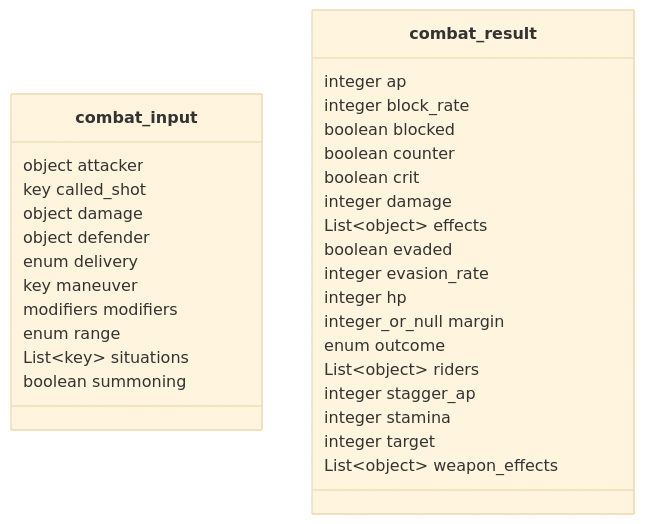
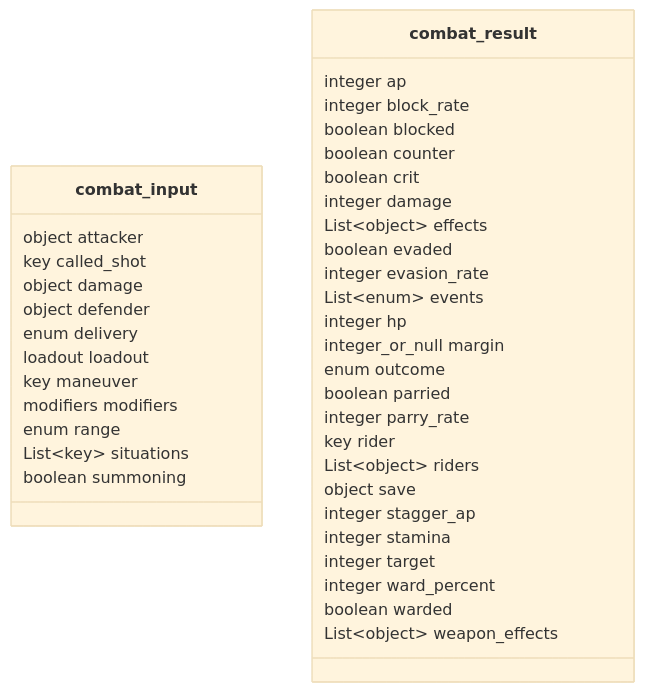
Before and after one commit to SETA1609/riftweave-core: the seventh of 28 diagrams in docs/backend/contract-diagram.md, drawn with Mermaid (base theme). The commit also changed other lines of this file and 116 other files, not shown here.

````diff
--- a/docs/backend/contract-diagram.md
+++ b/docs/backend/contract-diagram.md
@@ -208,34 +241,42 @@
 ```mermaid
 classDiagram
     class combat_input {
         object attacker
         key called_shot
         object damage
         object defender
         enum delivery
+        loadout loadout
         key maneuver
         modifiers modifiers
         enum range
         List~key~ situations
         boolean summoning
     }
     class combat_result {
         integer ap
         integer block_rate
         boolean blocked
         boolean counter
         boolean crit
         integer damage
         List~object~ effects
         boolean evaded
         integer evasion_rate
+        List~enum~ events
         integer hp
         integer_or_null margin
         enum outcome
+        boolean parried
+        integer parry_rate
+        key rider
         List~object~ riders
+        object save
         integer stagger_ap
         integer stamina
         integer target
+        integer ward_percent
+        boolean warded
         List~object~ weapon_effects
     }
 ```
````
